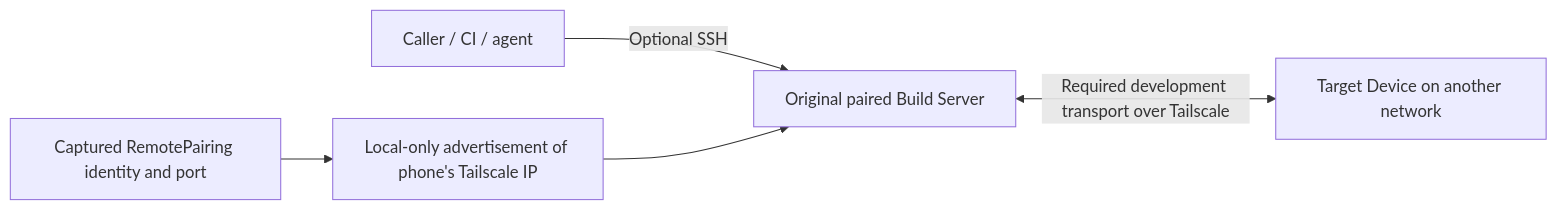
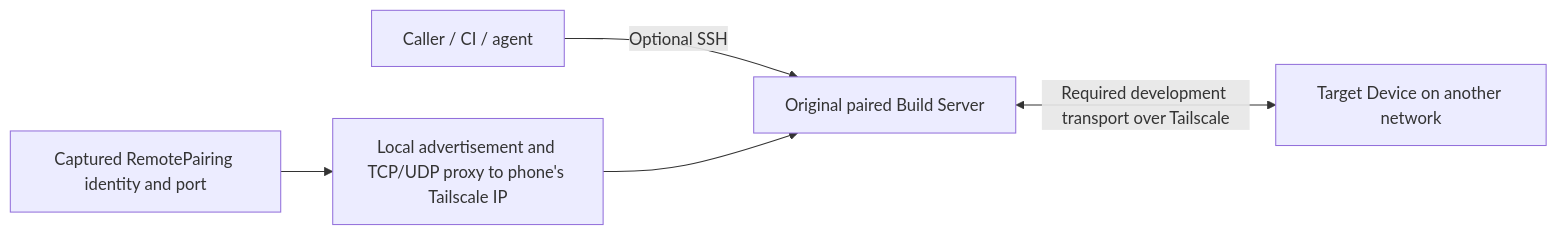
The first of 2 diagrams in docs/ARCHITECTURE.md (radeknovis/Debagr), drawn with Mermaid before and after one commit. The commit also changed other lines of this file and 7 other files, not shown here.

First line of the commit message:
Enable verified direct iPhone deployment over Tailscale

````diff
--- a/docs/ARCHITECTURE.md
+++ b/docs/ARCHITECTURE.md
@@ -9,7 +10,7 @@
 ```mermaid
 flowchart LR
   caller["Caller / CI / agent"] -->|"Optional SSH"| server["Original paired Build Server"]
-  profile["Captured RemotePairing identity and port"] --> discovery["Local-only advertisement of phone's Tailscale IP"]
+  profile["Captured RemotePairing identity and port"] --> discovery["Local advertisement and TCP/UDP proxy to phone's Tailscale IP"]
   discovery --> server
   server <-->|"Required development transport over Tailscale"| phone["Target Device on another network"]
 ```
````
